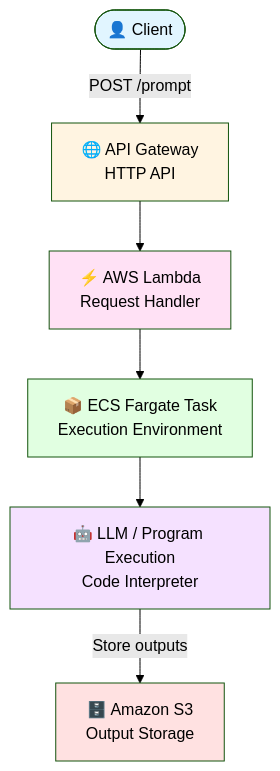
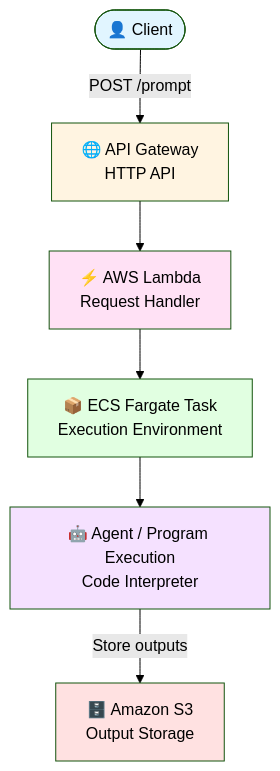
Before and after one commit to knkasa/LLM_python_executor: the diagram in README.md, drawn with Mermaid (forest theme).

````diff
--- a/README.md
+++ b/README.md
@@ -37,15 +37,15 @@
 ```mermaid
 flowchart TD
     Client([👤 Client]) -->|POST /prompt| APIGW[🌐 API Gateway<br/>HTTP API]
     APIGW --> Lambda[⚡ AWS Lambda<br/>Request Handler]
     Lambda --> ECS[📦 ECS Fargate Task<br/>Execution Environment]
-    ECS --> LLM[🤖 LLM / Program Execution<br/>Code Interpreter]
+    ECS --> LLM[🤖 Agent / Program Execution<br/>Code Interpreter]
     LLM -->|Store outputs| S3[🗄️ Amazon S3<br/>Output Storage]
     
     style Client fill:#e1f5ff
     style APIGW fill:#fff4e1
     style Lambda fill:#ffe1f5
     style ECS fill:#e1ffe1
     style LLM fill:#f5e1ff
     style S3 fill:#ffe1e1
 ```
````
